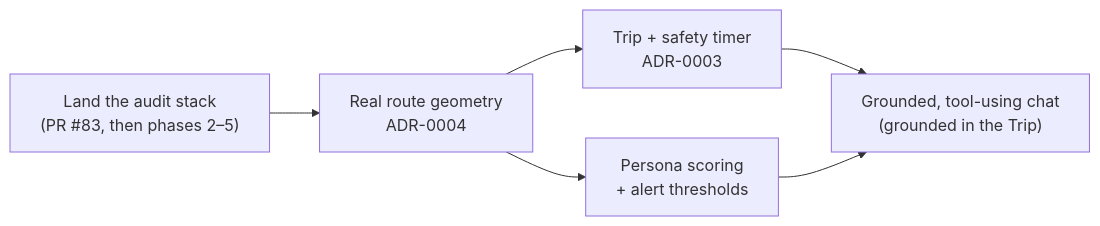
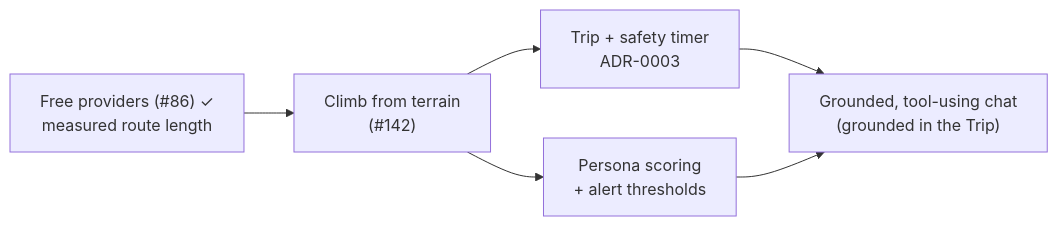
The first of 2 diagrams in docs/solution-plan/SOLUTION-PLAN.md (Oweeboi011/Fit-Ready-IQ), drawn with Mermaid before and after one commit. The commit also changed other lines of this file and 1 other file, not shown here.

Commit message:
docs(plan): bring the solution plan and audit up to date with #86, #23 and #26

````diff
--- a/docs/solution-plan/SOLUTION-PLAN.md
+++ b/docs/solution-plan/SOLUTION-PLAN.md
@@ -53,8 +53,8 @@
 ```mermaid
 flowchart LR
-    A["Land the audit stack<br/>(PR #83, then phases 2–5)"] --> B["Real route geometry<br/>ADR-0004"]
+    A["Free providers (#86) ✓<br/>measured route length"] --> B["Climb from terrain<br/>(#142)"]
     B --> C["Persona scoring<br/>+ alert thresholds"]
     B --> D["Trip + safety timer<br/>ADR-0003"]
     D --> E["Grounded, tool-using chat<br/>(grounded in the Trip)"]
     C --> E
 ```
````
